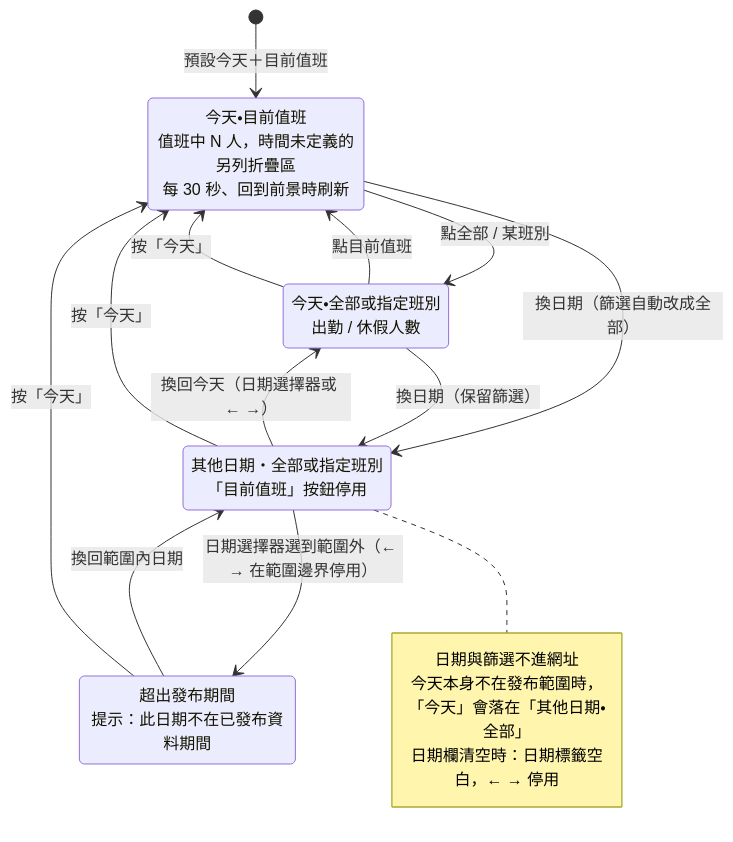
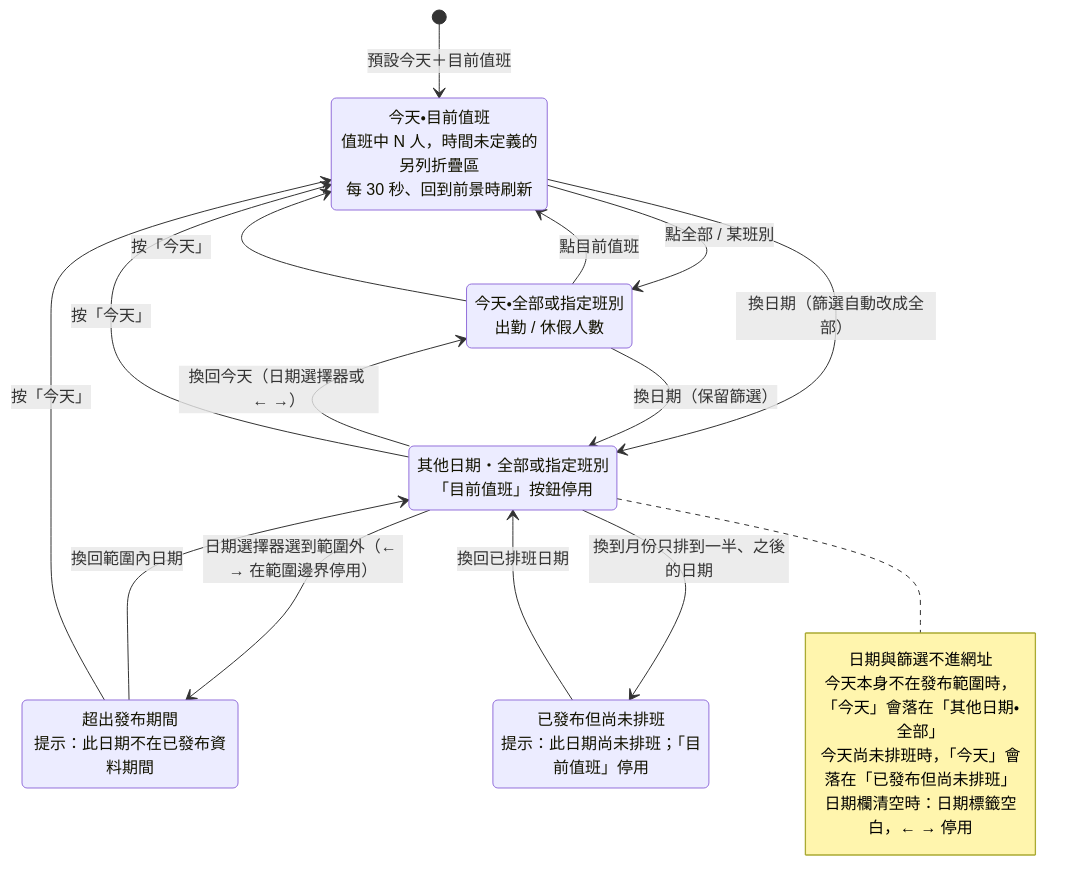
The fifth of 7 diagrams in docs/ux-state-diagrams.md (JasonHsuFet/Working_Shift), drawn with Mermaid before and after one commit. The commit also changed other lines of this file and 12 other files, not shown here.

````diff
--- a/docs/ux-state-diagrams.md
+++ b/docs/ux-state-diagrams.md
@@ -132,24 +134,28 @@
 ```mermaid
 stateDiagram-v2
     state "今天・目前值班<br/>值班中 N 人，時間未定義的另列折疊區<br/>每 30 秒、回到前景時刷新" as LiveNow
     state "今天・全部或指定班別<br/>出勤 / 休假人數" as LiveAll
     state "其他日期・全部或指定班別<br/>「目前值班」按鈕停用" as Other
     state "超出發布期間<br/>提示：此日期不在已發布資料期間" as Out
+    state "已發布但尚未排班<br/>提示：此日期尚未排班；「目前值班」停用" as Unwritten
 
     [*] --> LiveNow: 預設今天＋目前值班
     LiveNow --> LiveAll: 點全部 / 某班別
     LiveAll --> LiveNow: 點目前值班
     LiveNow --> Other: 換日期（篩選自動改成全部）
     LiveAll --> Other: 換日期（保留篩選）
     Other --> LiveAll: 換回今天（日期選擇器或 ← →）
     Other --> LiveNow: 按「今天」
     LiveAll --> LiveNow: 按「今天」
     Other --> Out: 日期選擇器選到範圍外（← → 在範圍邊界停用）
     Out --> Other: 換回範圍內日期
     Out --> LiveNow: 按「今天」
+    Other --> Unwritten: 換到月份只排到一半、之後的日期
+    Unwritten --> Other: 換回已排班日期
     note right of Other
         日期與篩選不進網址
         今天本身不在發布範圍時，「今天」會落在「其他日期・全部」
+        今天尚未排班時，「今天」會落在「已發布但尚未排班」
         日期欄清空時：日期標籤空白，← → 停用
     end note
 ```
````
